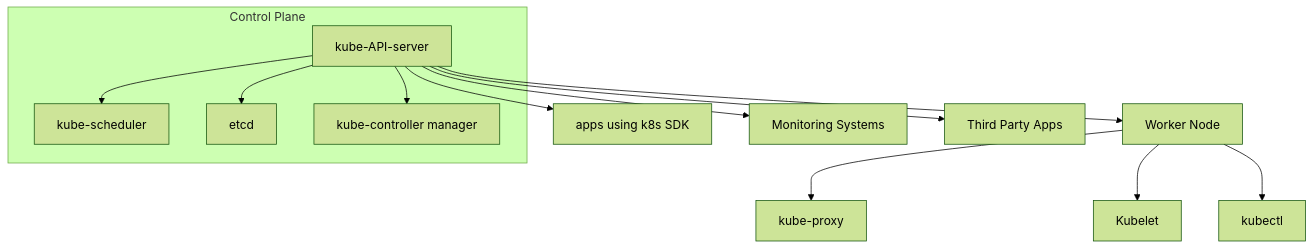
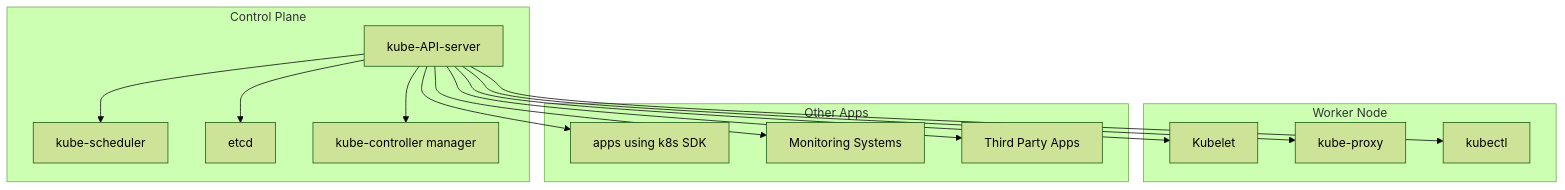
One commit to 007chiragshah/tucana changed the first of 2 diagrams in Architecture_Overview.md. Above: the diagram before and after it, drawn with Mermaid (forest theme).

````diff
--- a/Architecture_Overview.md
+++ b/Architecture_Overview.md
@@ -20,23 +20,31 @@
   ```mermaid 
   graph TD
     subgraph "Control Plane"
         A[kube-API-server]
         B[kube-scheduler]
         D[etcd]
         E[kube-controller manager]
     end
 
+    subgraph "Worker Node"
+        F[Kubelet]
+        G[kube-proxy]
+        H[kubectl]
+    end
+
+    subgraph "Other Apps"
+        J[apps using k8s SDK]
+        K[Monitoring Systems]
+        L[Third Party Apps]
+    end
+
     A --> B
     A --> D
     A --> E
-
-    F[Worker Node] --> G[kube-proxy]
-    F --> H[Kubelet]
-    F --> I[kubectl]
-
     A --> F
-    A --> J[apps using k8s SDK]
-    A --> K[Monitoring Systems]
-    A --> L[Third Party Apps]
-
+    A --> G
+    A --> H
+    A --> J
+    A --> K
+    A --> L
   ```
````
